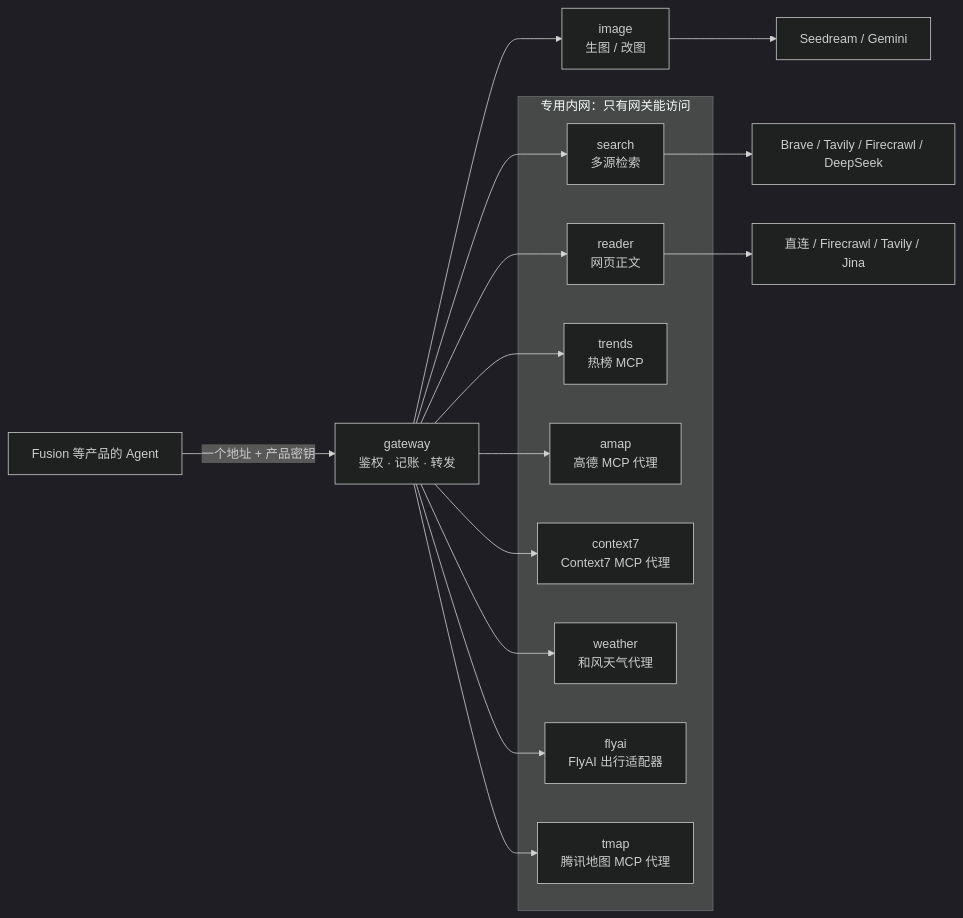
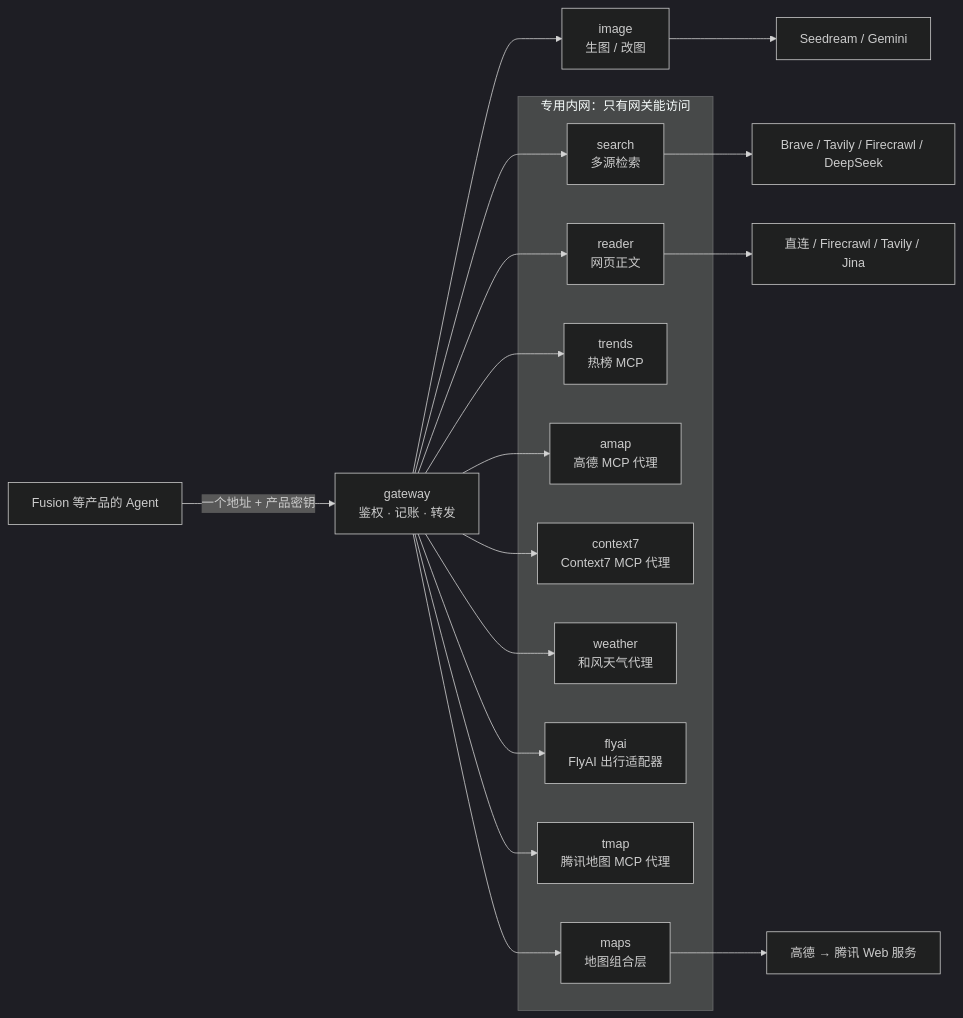
The diagram in README.md (HyxiaoGe/agent-tools), drawn with Mermaid (dark theme) before and after one commit. The commit also changed other lines of this file and 38 other files, not shown here.

First line of the commit message:
feat: 新增地图组合层 maps-service，先高德后腾讯，给产品地点搜索和路线对比两个 MCP 工具

````diff
--- a/README.md
+++ b/README.md
@@ -5,26 +5,29 @@
 ```mermaid
 flowchart LR
     P["Fusion 等产品的 Agent"] -->|"一个地址 + 产品密钥"| G["gateway<br/>鉴权 · 记账 · 转发"]
     G --> I["image<br/>生图 / 改图"]
     subgraph internal["专用内网：只有网关能访问"]
         S["search<br/>多源检索"]
         R["reader<br/>网页正文"]
         T["trends<br/>热榜 MCP"]
         A["amap<br/>高德 MCP 代理"]
         C["context7<br/>Context7 MCP 代理"]
         W["weather<br/>和风天气代理"]
         F["flyai<br/>FlyAI 出行适配器"]
         M["tmap<br/>腾讯地图 MCP 代理"]
+        MP["maps<br/>地图组合层"]
     end
     G --> S
     G --> R
     G --> T
     G --> A
     G --> C
     G --> W
     G --> F
     G --> M
+    G --> MP
     I --> IP["Seedream / Gemini"]
     S --> SP["Brave / Tavily / Firecrawl / DeepSeek"]
     R --> RP["直连 / Firecrawl / Tavily / Jina"]
+    MP --> MPP["高德 → 腾讯 Web 服务"]
 ```
````
